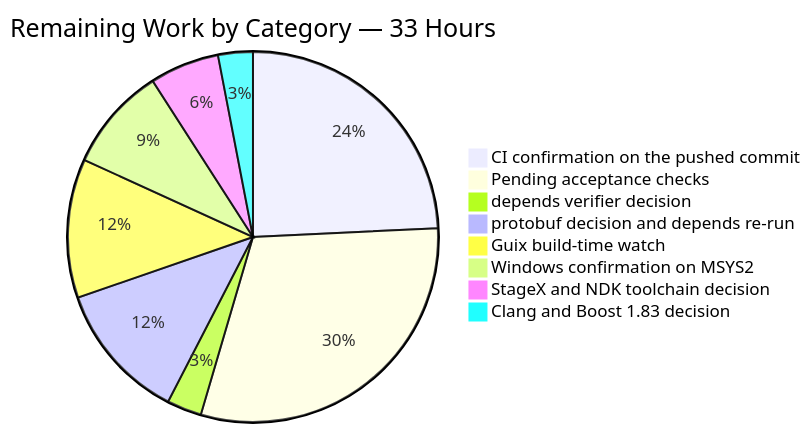
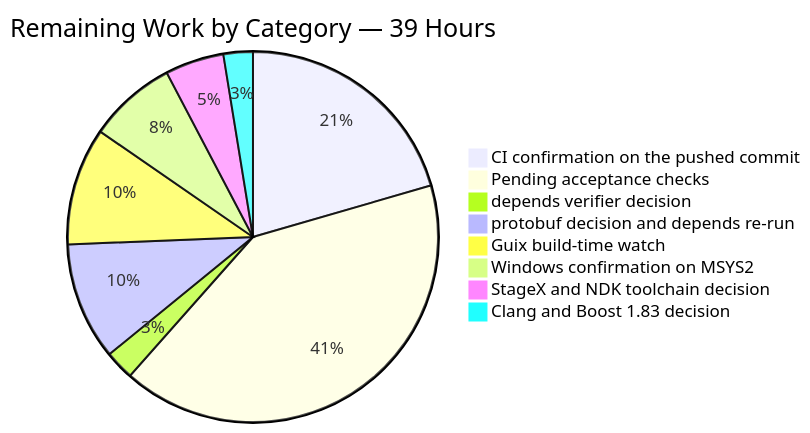
Before and after one commit to Tzadiko/monero: the third of 4 diagrams in blitzy/documentation/Project Guide.md, drawn with Mermaid. The commit also changed other lines of this file and 5 other files, not shown here.

````diff
--- a/blitzy/documentation/Project Guide.md
+++ b/blitzy/documentation/Project Guide.md
@@ -1619,11 +1650,11 @@
 ```mermaid
-pie title Remaining Work by Category — 33 Hours
+pie title Remaining Work by Category — 39 Hours
     "CI confirmation on the pushed commit" : 8
-    "Pending acceptance checks" : 10
+    "Pending acceptance checks" : 16
     "depends verifier decision" : 1
     "protobuf decision and depends re-run" : 4
     "Guix build-time watch" : 4
     "Windows confirmation on MSYS2" : 3
     "StageX and NDK toolchain decision" : 2
     "Clang and Boost 1.83 decision" : 1
 ```
````
